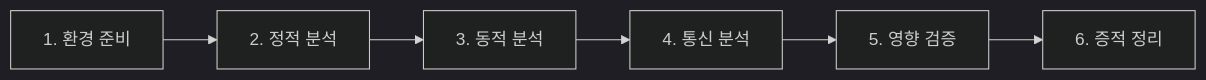
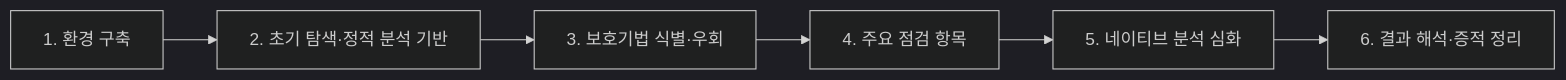
One commit to naaamgi/my-docusaurus-page changed the diagram in docs/assessment/mobile/index.md. Above: the diagram before and after it, drawn with Mermaid (dark theme). The commit also changed other lines of this file and 49 other files, not shown here.

````diff
--- a/docs/assessment/mobile/index.md
+++ b/docs/assessment/mobile/index.md
@@ -18,8 +17,8 @@
 ```mermaid
 flowchart LR
-    A[1. 환경 준비] --> B[2. 정적 분석]
-    B --> C[3. 동적 분석]
-    C --> D[4. 통신 분석]
-    D --> E[5. 영향 검증]
-    E --> F[6. 증적 정리]
+    A["1. 환경 구축"] --> B["2. 초기 탐색·정적 분석 기반"]
+    B --> C["3. 보호기법 식별·우회"]
+    C --> D["4. 주요 점검 항목"]
+    D --> E["5. 네이티브 분석 심화"]
+    E --> F["6. 결과 해석·증적 정리"]
 ```
````
